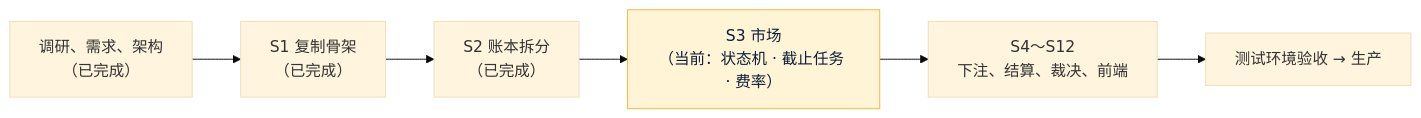
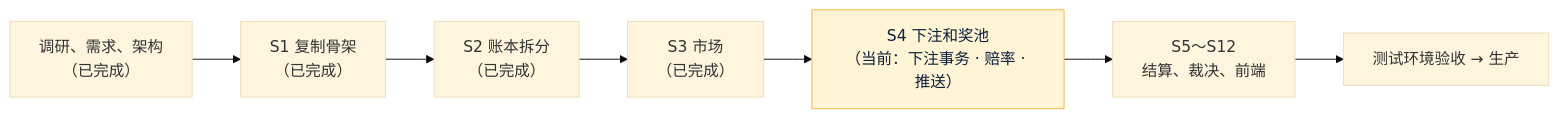
One commit to dollar3651314/forecast changed the diagram in 项目地图.md. Above: the diagram before and after it, drawn with Mermaid (base theme). The commit also changed other lines of this file and 4 other files, not shown here.

First line of the commit message:
S4 文档：开发记录、项目地图 v0.10、项目索引 v0.10、入口文件

````diff
--- a/项目地图.md
+++ b/项目地图.md
@@ -11,5 +11,5 @@
 ```mermaid
 flowchart LR
-    R["调研、需求、架构<br/>（已完成）"] --> S1["S1 复制骨架<br/>（已完成）"] --> S2["S2 账本拆分<br/>（已完成）"] --> S3["S3 市场<br/>（当前：状态机 · 截止任务 · 费率）"]:::now --> S4["S4～S12<br/>下注、结算、裁决、前端"] --> T["测试环境验收 → 生产"]
+    R["调研、需求、架构<br/>（已完成）"] --> S1["S1 复制骨架<br/>（已完成）"] --> S2["S2 账本拆分<br/>（已完成）"] --> S3["S3 市场<br/>（已完成）"] --> S4["S4 下注和奖池<br/>（当前：下注事务 · 赔率 · 推送）"]:::now --> S5["S5～S12<br/>结算、裁决、前端"] --> T["测试环境验收 → 生产"]
     classDef now fill:#FFF4D6,stroke:#F5B83D,color:#0B1F3A
 ```
````
